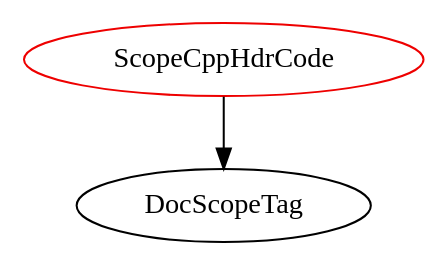
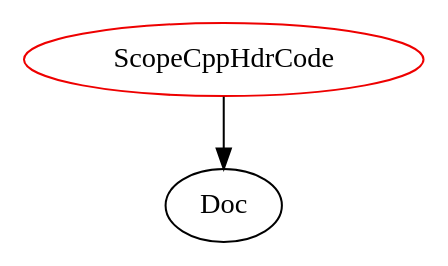
Before and after one commit to BilalM04/Drasil: the diagram in analysis/TypeDependencyGraphs/gool/ScopeCppHdrCode.dot, drawn with Graphviz. The commit also changed 1160 other files, not shown here.

```diff
--- a/analysis/TypeDependencyGraphs/gool/ScopeCppHdrCode.dot
+++ b/analysis/TypeDependencyGraphs/gool/ScopeCppHdrCode.dot
@@ -1,4 +1,4 @@
 digraph scopecpphdrcode{
 ScopeCppHdrCode	[shape=oval, color=red2, label="ScopeCppHdrCode"];
-ScopeCppHdrCode -> DocScopeTag;
+ScopeCppHdrCode -> Doc;
 }
```
